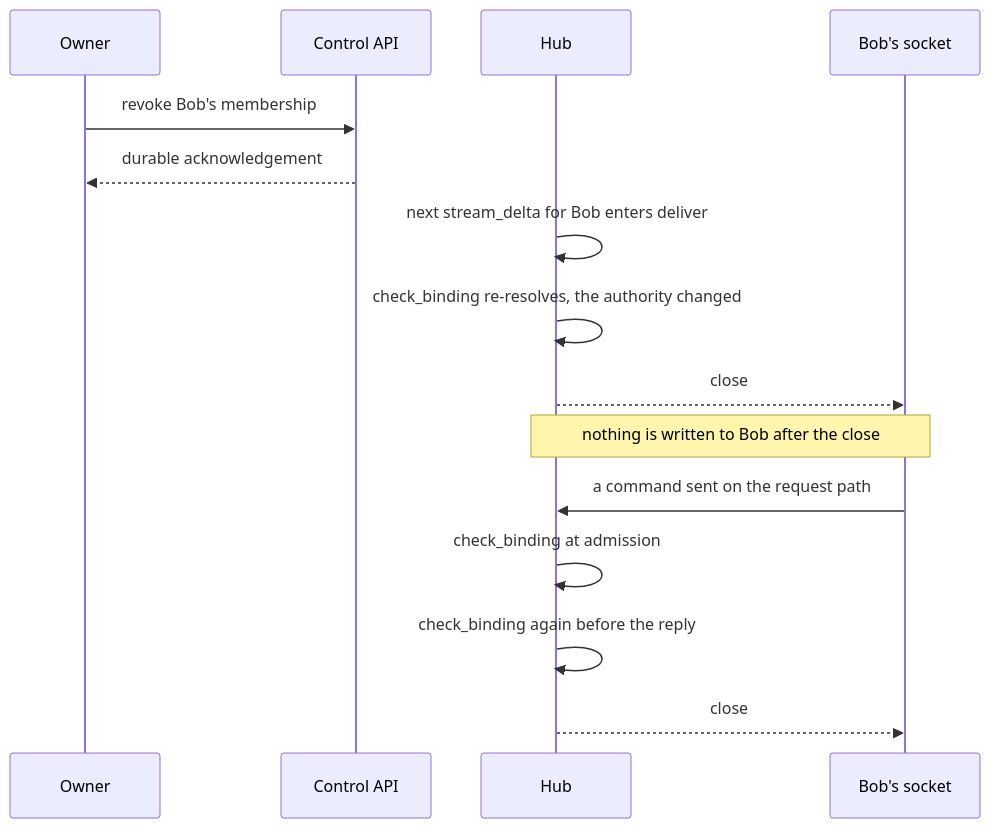
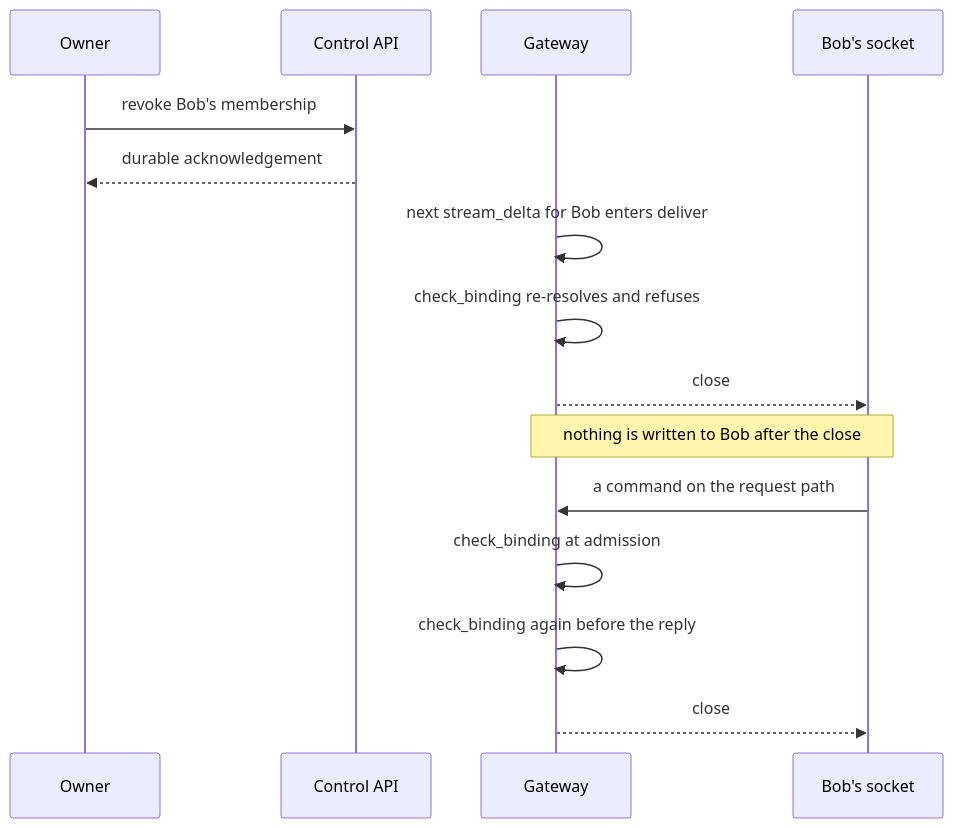
Before and after one commit to Roasbeef/loom: the second of 5 diagrams in docs/architecture/multiplayer.md, drawn with Mermaid. The commit also changed other lines of this file, not shown here.

````diff
--- a/docs/architecture/multiplayer.md
+++ b/docs/architecture/multiplayer.md
@@ -155,17 +169,17 @@
 ```mermaid
 sequenceDiagram
     participant Owner
     participant Control as Control API
-    participant Hub
+    participant Gateway
     participant Bob as Bob's socket
     Owner->>Control: revoke Bob's membership
     Control-->>Owner: durable acknowledgement
-    Hub->>Hub: next stream_delta for Bob enters deliver
-    Hub->>Hub: check_binding re-resolves, the authority changed
-    Hub-->>Bob: close
-    Note over Hub,Bob: nothing is written to Bob after the close
-    Bob->>Hub: a command sent on the request path
-    Hub->>Hub: check_binding at admission
-    Hub->>Hub: check_binding again before the reply
-    Hub-->>Bob: close
+    Gateway->>Gateway: next stream_delta for Bob enters deliver
+    Gateway->>Gateway: check_binding re-resolves and refuses
+    Gateway-->>Bob: close
+    Note over Gateway,Bob: nothing is written to Bob after the close
+    Bob->>Gateway: a command on the request path
+    Gateway->>Gateway: check_binding at admission
+    Gateway->>Gateway: check_binding again before the reply
+    Gateway-->>Bob: close
 ```
````
